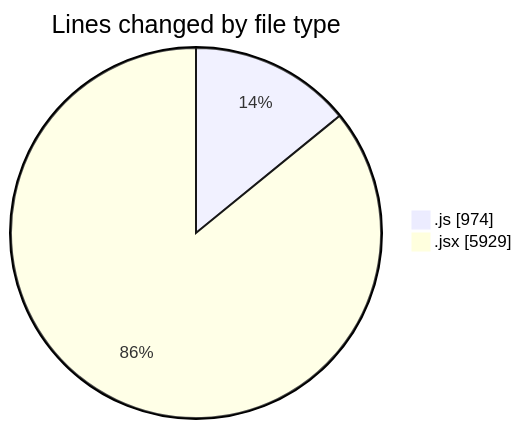
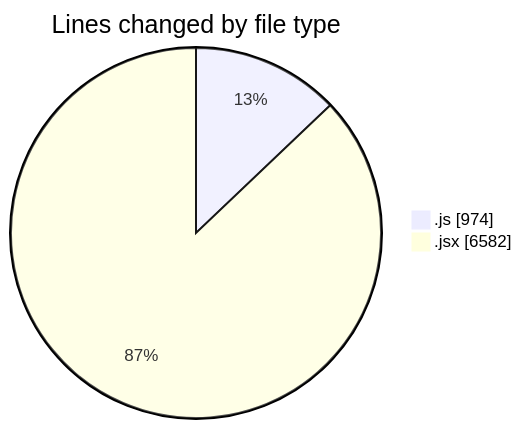
Before and after one commit to nxtqubesakshisongat/code-tracking: the first of 2 diagrams in 2025-12-05/nxtqube_webapp/README.md, drawn with Mermaid. The commit also changed other lines of this file and 1 other file, not shown here.

````diff
--- a/2025-12-05/nxtqube_webapp/README.md
+++ b/2025-12-05/nxtqube_webapp/README.md
@@ -25,6 +26,6 @@
 ```mermaid
 pie showData
 title Lines changed by file type
 ".js" : 974
-".jsx" : 5929
+".jsx" : 6582
 ```
````
